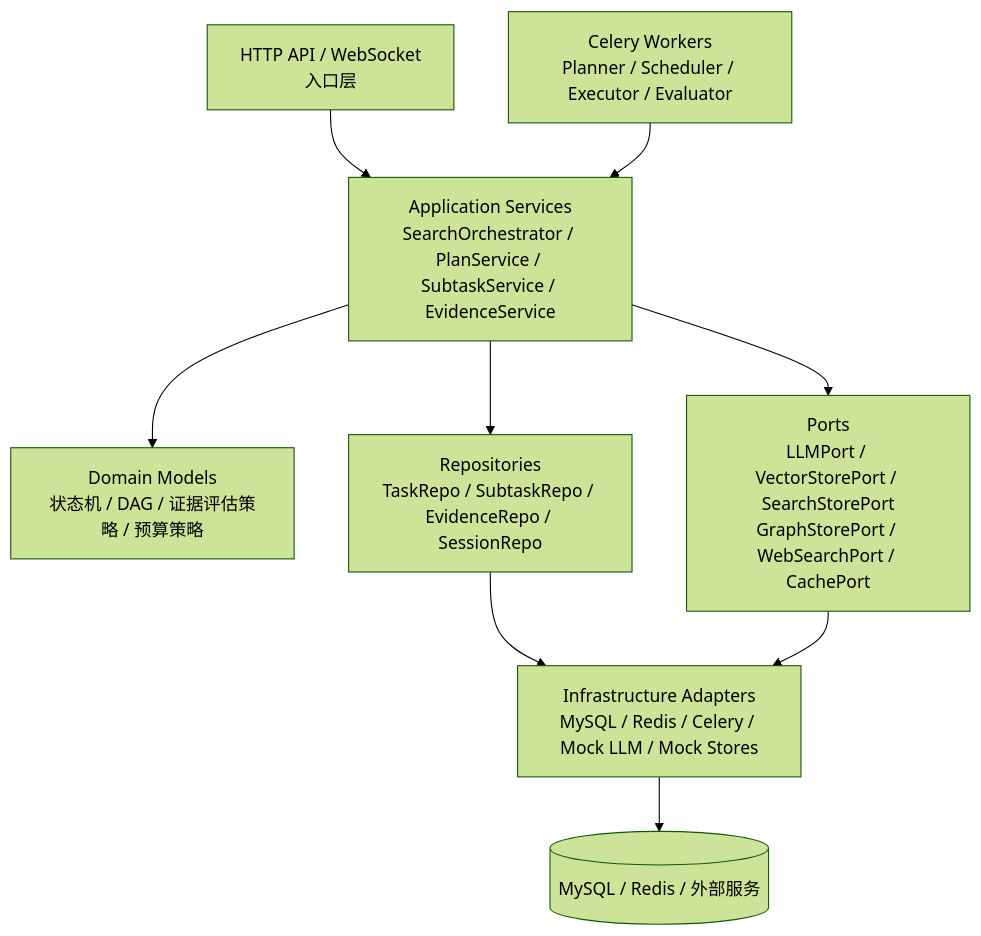
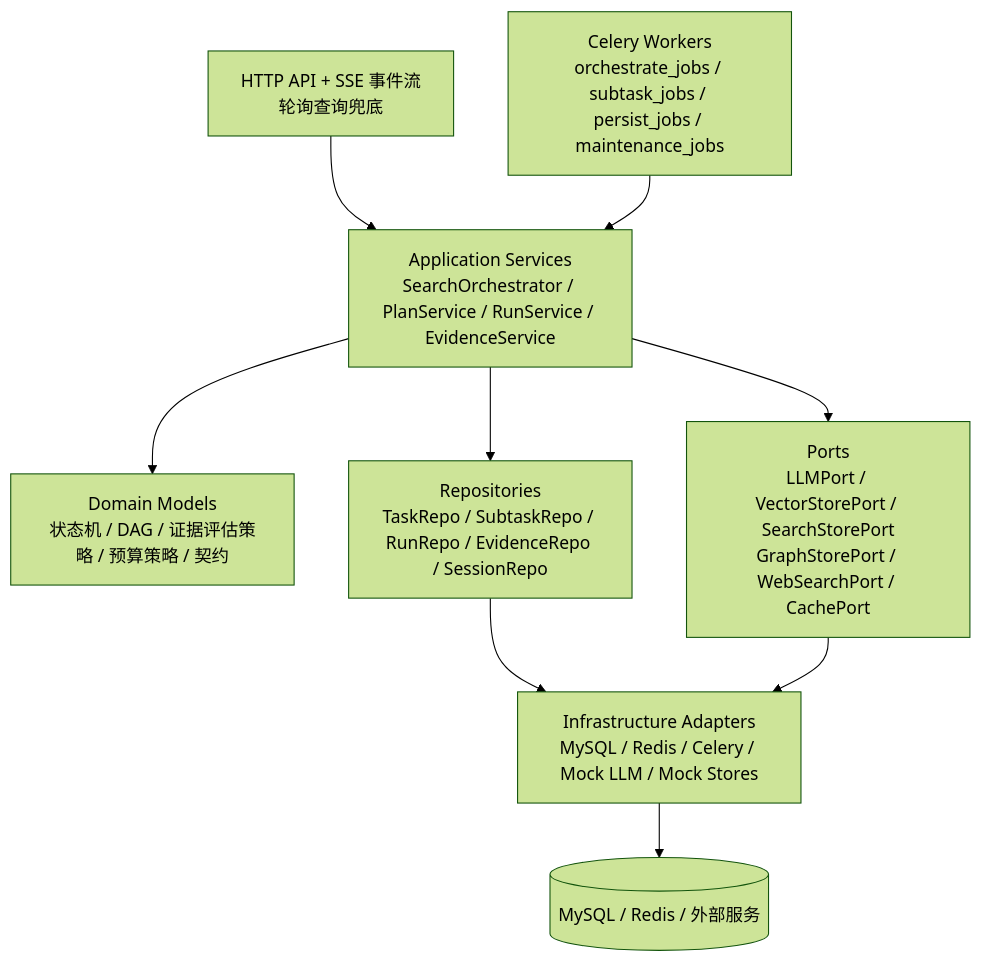
The sixth of 6 diagrams in src/learning_common_lib/案例/用户AgenticRAG检索/架构设计规划.md (kkk935208447/learning_common_lib), drawn with Mermaid (forest theme) before and after one commit. The commit also changed other lines of this file and 3 other files, not shown here.

````diff
--- a/src/learning_common_lib/案例/用户AgenticRAG检索/架构设计规划.md
+++ b/src/learning_common_lib/案例/用户AgenticRAG检索/架构设计规划.md
@@ -995,20 +1358,20 @@
 ```mermaid
 flowchart TB
-    API["HTTP API / WebSocket<br/>入口层"]
-    WORKER["Celery Workers<br/>Planner / Scheduler / Executor / Evaluator"]
-    APP["Application Services<br/>SearchOrchestrator / PlanService / SubtaskService / EvidenceService"]
-    DOMAIN["Domain Models<br/>状态机 / DAG / 证据评估策略 / 预算策略"]
+    API["HTTP API + SSE 事件流<br/>轮询查询兜底"]
+    WORKER["Celery Workers<br/>orchestrate_jobs / subtask_jobs / persist_jobs / maintenance_jobs"]
+    APP["Application Services<br/>SearchOrchestrator / PlanService / RunService / EvidenceService"]
+    DOMAIN["Domain Models<br/>状态机 / DAG / 证据评估策略 / 预算策略 / 契约"]
     PORTS["Ports<br/>LLMPort / VectorStorePort / SearchStorePort<br/>GraphStorePort / WebSearchPort / CachePort"]
-    REPO["Repositories<br/>TaskRepo / SubtaskRepo / EvidenceRepo / SessionRepo"]
+    REPO["Repositories<br/>TaskRepo / SubtaskRepo / RunRepo / EvidenceRepo / SessionRepo"]
     INFRA["Infrastructure Adapters<br/>MySQL / Redis / Celery / Mock LLM / Mock Stores"]
     EXT[("MySQL / Redis / 外部服务")]
 
     API --> APP
     WORKER --> APP
     APP --> DOMAIN
     APP --> PORTS
     APP --> REPO
     REPO --> INFRA
     PORTS --> INFRA
     INFRA --> EXT
 ```
````
